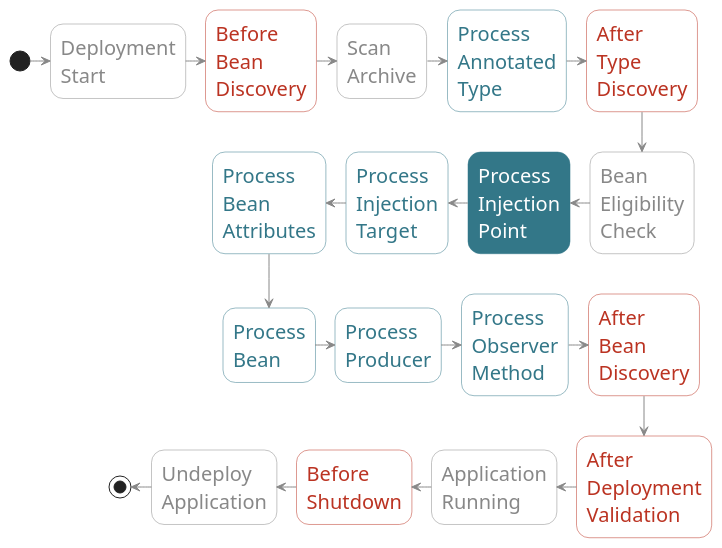
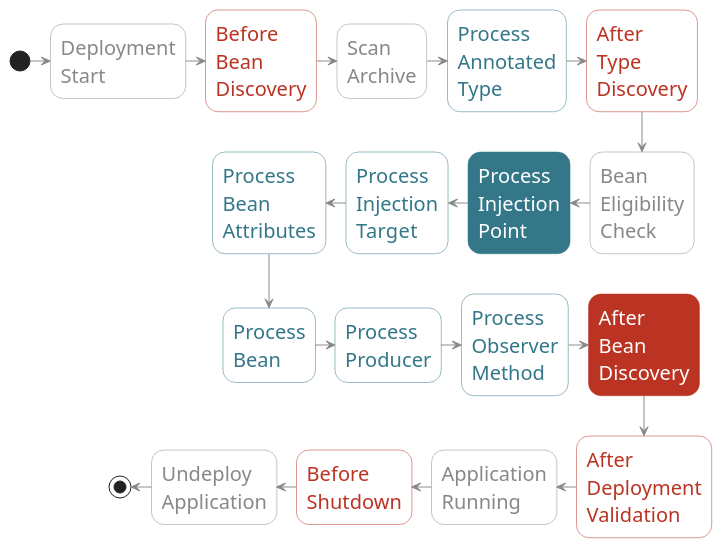
One commit to astefanutti/further-cdi changed the second of 2 diagrams in parts/legacy.adoc. Above: the diagram before and after it, drawn with PlantUML. The commit also changed other lines of this file, not shown here.

```diff
--- a/parts/legacy.adoc
+++ b/parts/legacy.adoc
@@ -236,50 +218,54 @@
-[plantuml, "lifecycle-pit", "svg", height="85%", width="95%"]
+[plantuml, "lifecycle-PIP-ABD", "svg", height="85%", width="95%"]
 ----
 @startuml
 
 skinparam shadowing false
 skinparam backgroundColor transparent
 skinparam defaultFontName Consolas
 
 skinparam activity {
   FontSize 20
   FontName Consolas
   FontColor #337788
   ArrowColor #888888
   BorderColor #337788
   BackgroundColor #white
 
   FontColor<< Internal >> #888888
   BorderColor<< Internal >> #888888
   BackgroundColor<< Internal >> #white
 
   FontColor<< Once >> #BB3322
   BorderColor<< Once >> #BB3322
   BackgroundColor<< Once >> #white
 
   FontColor<< Highlight >> white
   BorderColor<< Highlight >> #337788
   BackgroundColor<< Highlight >> #337788
+
+  FontColor<< HighlightOnce >> white
+  BorderColor<< HighlightOnce >> #BB3322
+  BackgroundColor<< HighlightOnce >> #BB3322
 }
 
 (*) -right-> "Deployment\nStart" << Internal >>
 -right-> "Before\nBean\nDiscovery" << Once >>
 -right-> "Scan\nArchive" << Internal >>
 -right-> "Process\nAnnotated\nType"
 -right-> "After\nType\nDiscovery" << Once >>
 -down-> "Bean\nEligibility\nCheck" << Internal >>
--left-> "Process\nInjection\nPoint" <<Highlight>>
+-left-> "Process\nInjection\nPoint" << Highlight >>
 -left-> "Process\nInjection\nTarget"
 -left-> "Process\nBean\nAttributes"
 -down-> "Process\nBean"
 -right-> "Process\nProducer"
 -right-> "Process\nObserver\nMethod"
--right-> "After\nBean\nDiscovery" << Once >>
+-right-> "After\nBean\nDiscovery" << HighlightOnce >>
 -down-> "After\nDeployment\nValidation" << Once >>
 -left-> "Application\nRunning" << Internal >>
 -left-> "Before\nShutdown" << Once >>
 -left-> "Undeploy\nApplication" << Internal >>
 -left-> (*)
 
 @enduml
 ----
```
